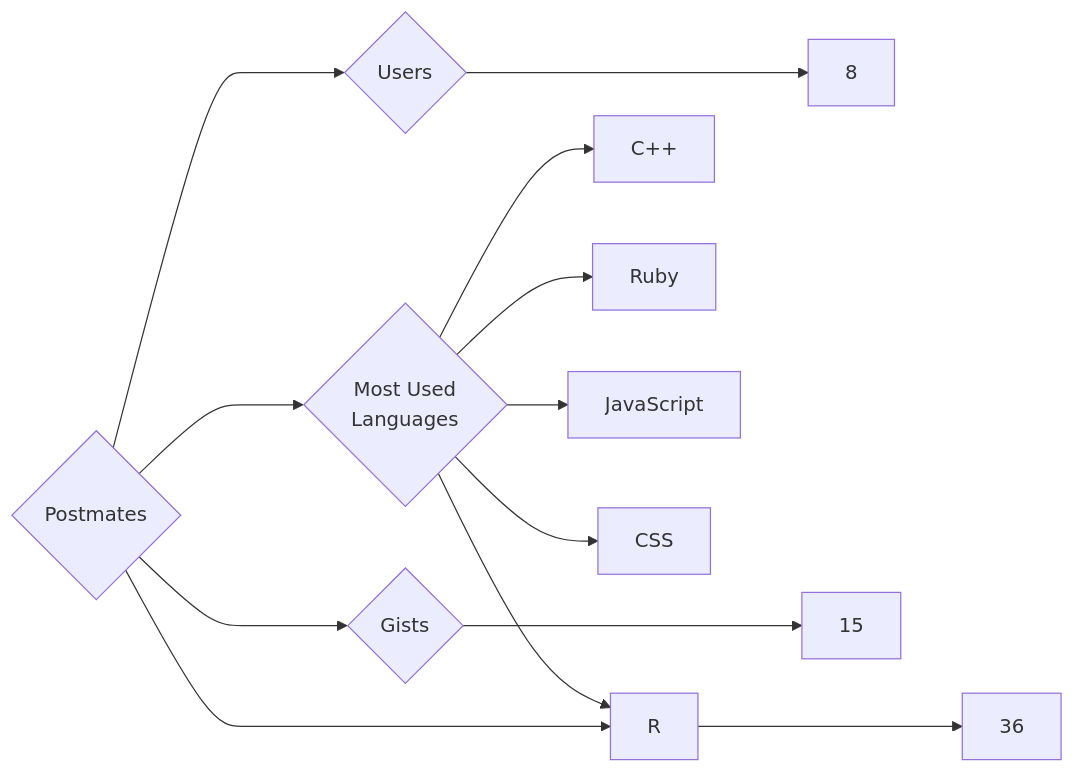
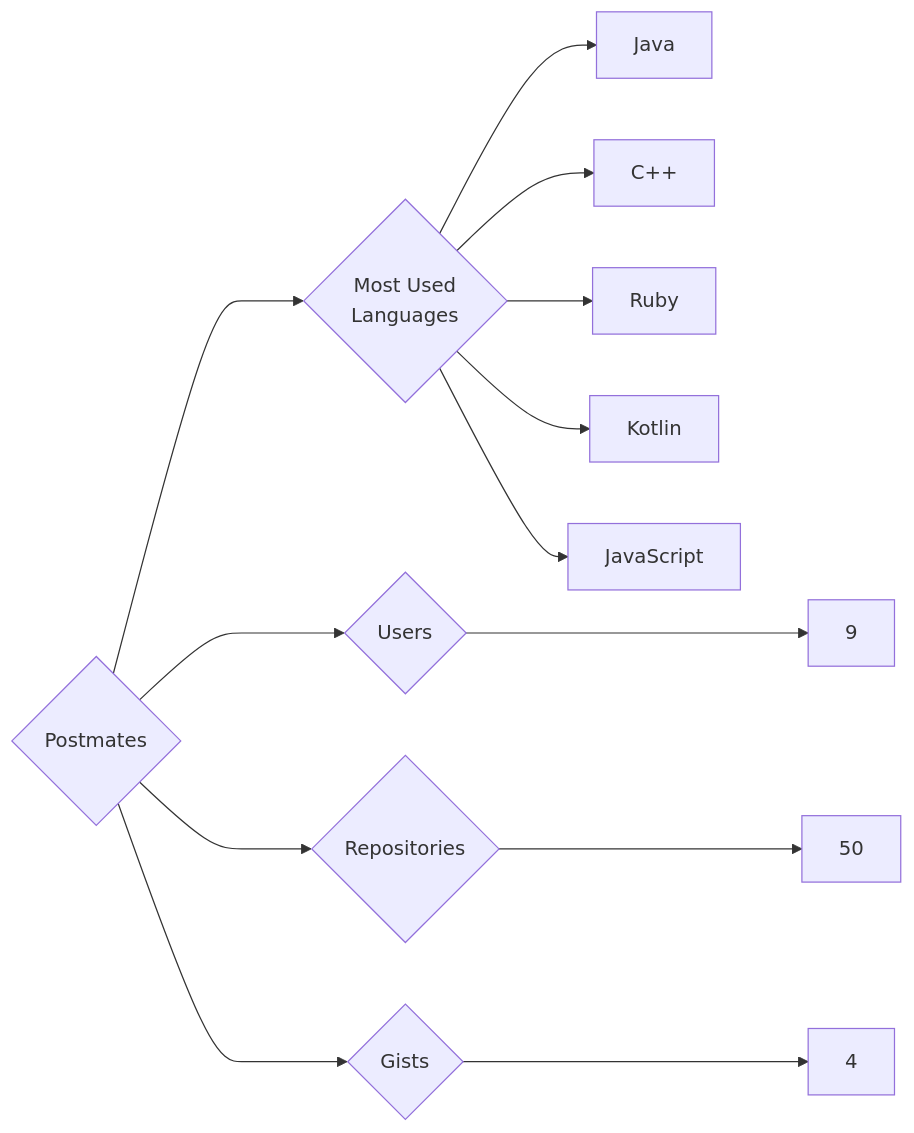
Before and after one commit to trickest/insiders: the diagram in targets/Postmates/README.md, drawn with Mermaid. The commit also changed 964 other files, not shown here.

````diff
--- a/targets/Postmates/README.md
+++ b/targets/Postmates/README.md
@@ -3,13 +3,13 @@
 ```mermaid
 graph LR
 COMPANY_NAME{Postmates}
-COMPANY_NAME ---> U{Users} ---> UN[8]
-COMPANY_NAME ---> R{Repositories} ---> RN[36]
-COMPANY_NAME ---> G{Gists} ---> GN[15]
+COMPANY_NAME ---> U{Users} ---> UN[9]
+COMPANY_NAME ---> R{Repositories} ---> RN[50]
+COMPANY_NAME ---> G{Gists} ---> GN[4]
 COMPANY_NAME ---> ML{Most Used<br>Languages}
+ML --> Java[Java]
 ML --> C++[C++]
 ML --> Ruby[Ruby]
+ML --> Kotlin[Kotlin]
 ML --> JavaScript[JavaScript]
-ML --> CSS[CSS]
-ML --> R[R]
 ```
````
